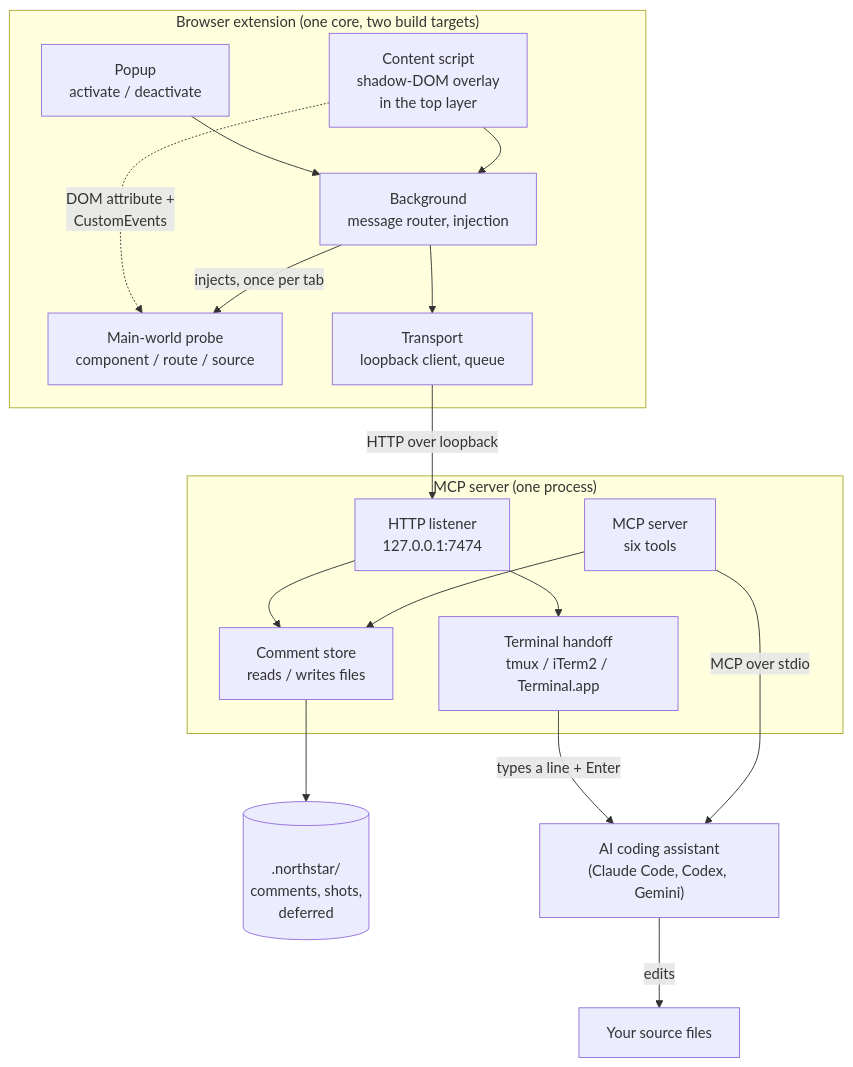
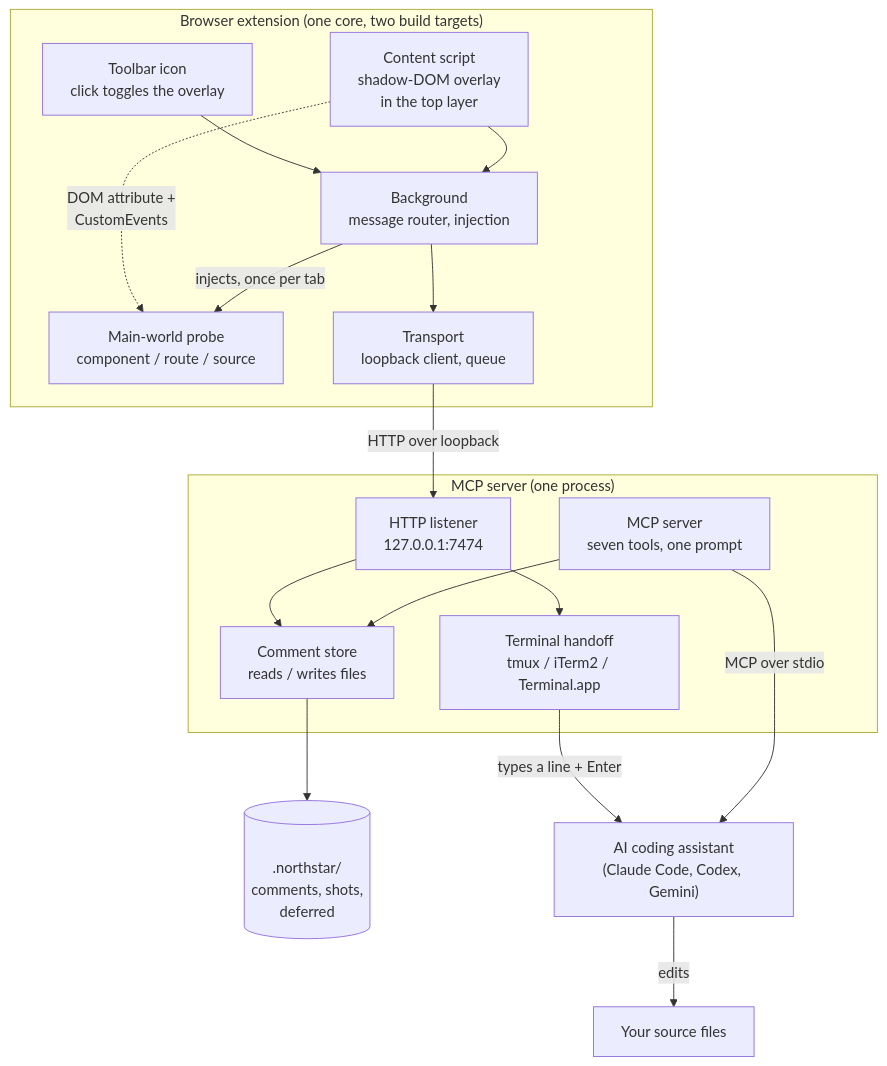
The first of 2 diagrams in docs/architecture.md (pallandir/northstar), drawn with Mermaid before and after one commit. The commit also changed other lines of this file and 31 other files, not shown here.

Commit message:
feat(mcp): add resolve-comments prompt, get_comment, channel push and origin hardening

````diff
--- a/docs/architecture.md
+++ b/docs/architecture.md
@@ -11,34 +11,34 @@
 ```mermaid
 flowchart TB
     subgraph Browser["Browser extension (one core, two build targets)"]
-      Popup["Popup<br/>activate / deactivate"]
+      Icon["Toolbar icon<br/>click toggles the overlay"]
       Worker["Background<br/>message router, injection"]
       Content["Content script<br/>shadow-DOM overlay<br/>in the top layer"]
       Probe["Main-world probe<br/>component / route / source"]
       Transport["Transport<br/>loopback client, queue"]
-      Popup --> Worker
+      Icon --> Worker
       Content --> Worker
       Content -. "DOM attribute +<br/>CustomEvents" .-> Probe
       Worker -- "injects, once per tab" --> Probe
       Worker --> Transport
     end
 
     subgraph Server["MCP server (one process)"]
       Http["HTTP listener<br/>127.0.0.1:7474"]
       Handoff["Terminal handoff<br/>tmux / iTerm2 / Terminal.app"]
-      Mcp["MCP server<br/>six tools"]
+      Mcp["MCP server<br/>seven tools, one prompt"]
       Store["Comment store<br/>reads / writes files"]
       Http --> Store
       Http --> Handoff
       Mcp --> Store
     end
 
     Disk[("<br/>.northstar/<br/>comments, shots,<br/>deferred<br/>")]
     Assistant["AI coding assistant<br/>(Claude Code, Codex, Gemini)"]
 
     Transport -- "HTTP over loopback" --> Http
     Store --> Disk
     Handoff -- "types a line + Enter" --> Assistant
     Mcp -- "MCP over stdio" --> Assistant
     Assistant -- "edits" --> Repo["Your source files"]
 ```
````
